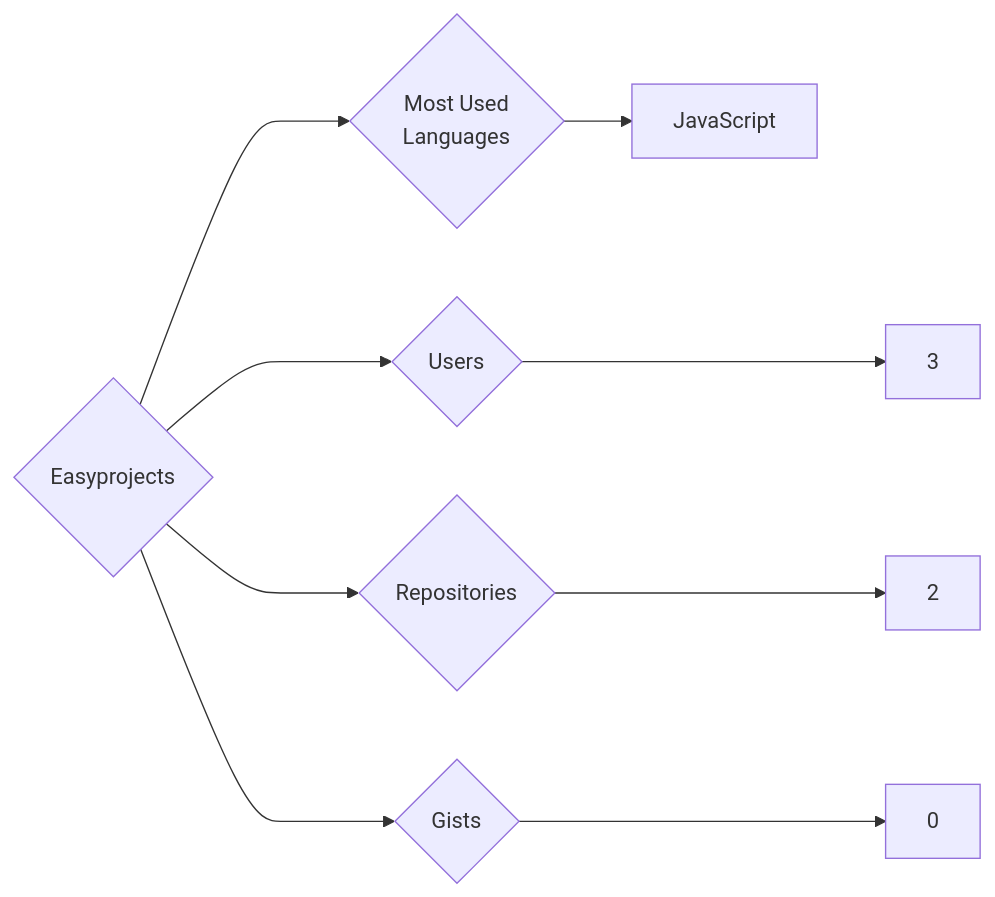
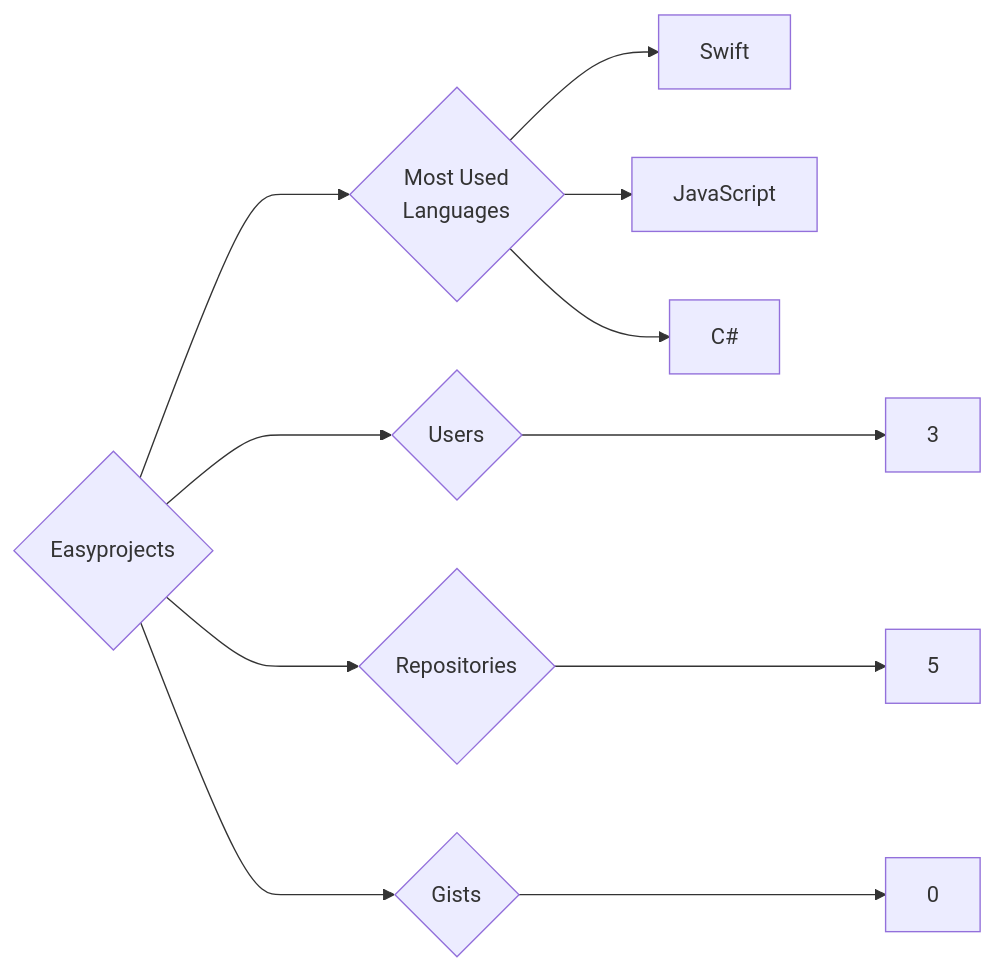
One commit to trickest/insiders changed the diagram in targets/Easyprojects/README.md. Above: the diagram before and after it, drawn with Mermaid. The commit also changed 1020 other files, not shown here.

````diff
--- a/targets/Easyprojects/README.md
+++ b/targets/Easyprojects/README.md
@@ -3,9 +3,11 @@
 ```mermaid
 graph LR
 COMPANY_NAME{Easyprojects}
 COMPANY_NAME ---> U{Users} ---> UN[3]
-COMPANY_NAME ---> R{Repositories} ---> RN[2]
+COMPANY_NAME ---> R{Repositories} ---> RN[5]
 COMPANY_NAME ---> G{Gists} ---> GN[0]
 COMPANY_NAME ---> ML{Most Used<br>Languages}
+ML --> Swift[Swift]
 ML --> JavaScript[JavaScript]
+ML --> C#[C#]
 ```
````
